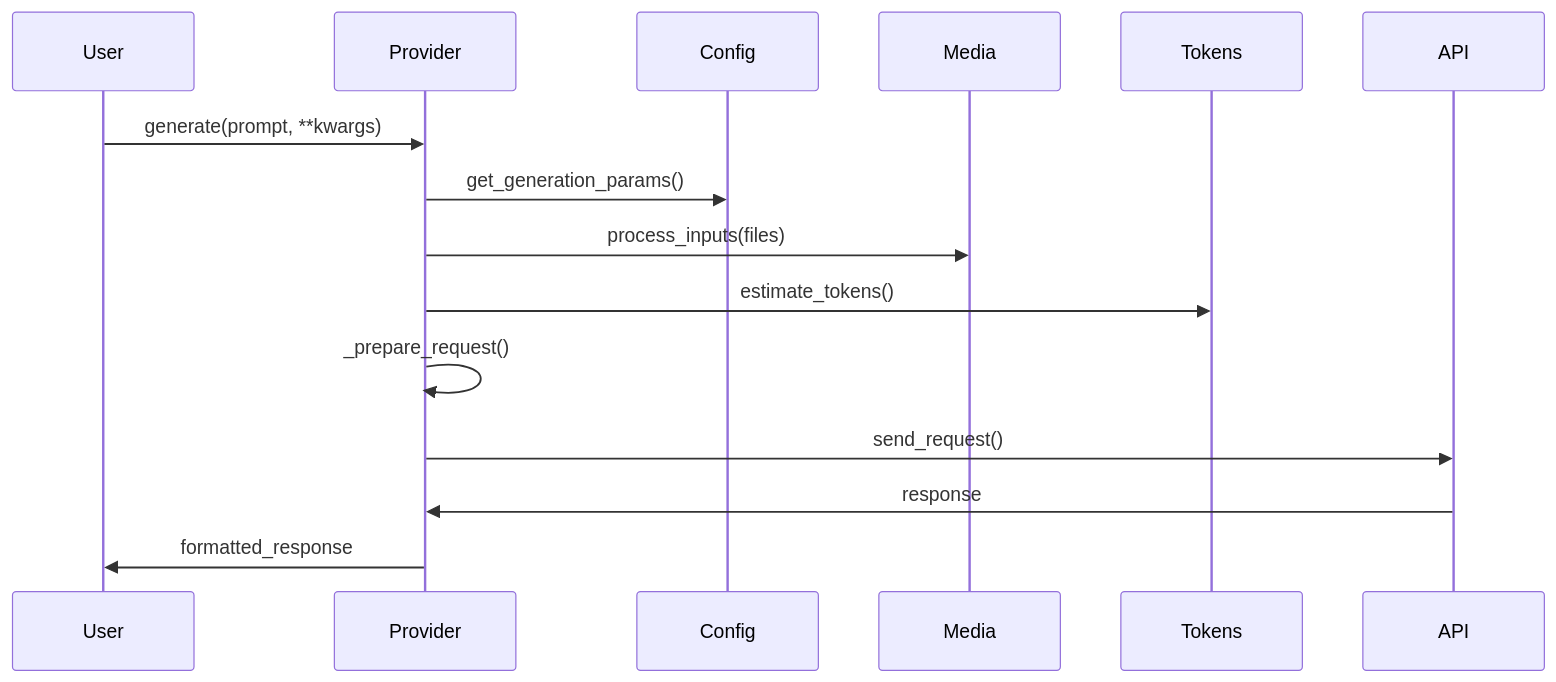
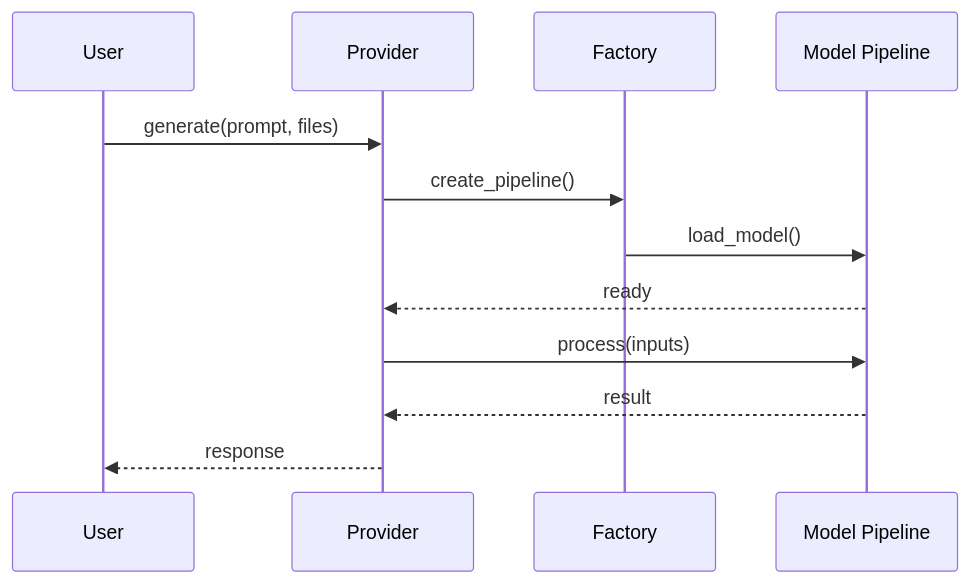
Before and after one commit to lpalbou/AbstractLLM: the fifth of 9 diagrams in docs/architecture.md, drawn with Mermaid. The commit also changed other lines of this file and 45 other files, not shown here.

````diff
--- a/docs/architecture.md
+++ b/docs/architecture.md
@@ -138,17 +93,15 @@
 ```mermaid
 sequenceDiagram
-    participant User
-    participant Provider
-    participant Config
-    participant Media
-    participant Tokens
-
-    User->>Provider: generate(prompt, **kwargs)
-    Provider->>Config: get_generation_params()
-    Provider->>Media: process_inputs(files)
-    Provider->>Tokens: estimate_tokens()
-    Provider->>Provider: _prepare_request()
-    Provider->>API: send_request()
-    API->>Provider: response
-    Provider->>User: formatted_response
+    participant U as User
+    participant P as Provider
+    participant F as Factory
+    participant M as Model Pipeline
+    
+    U->>P: generate(prompt, files)
+    P->>F: create_pipeline()
+    F->>M: load_model()
+    M-->>P: ready
+    P->>M: process(inputs)
+    M-->>P: result
+    P-->>U: response
 ```
````
